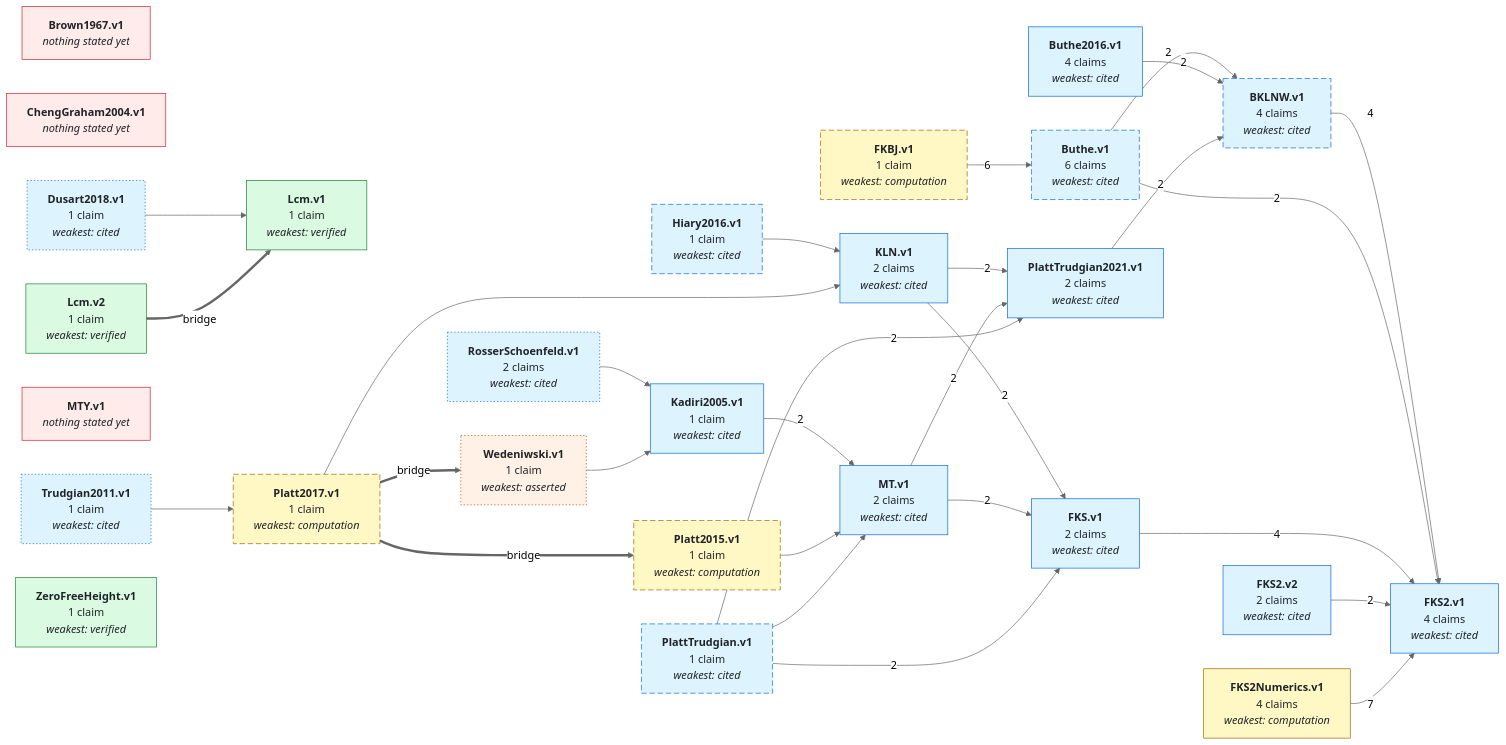
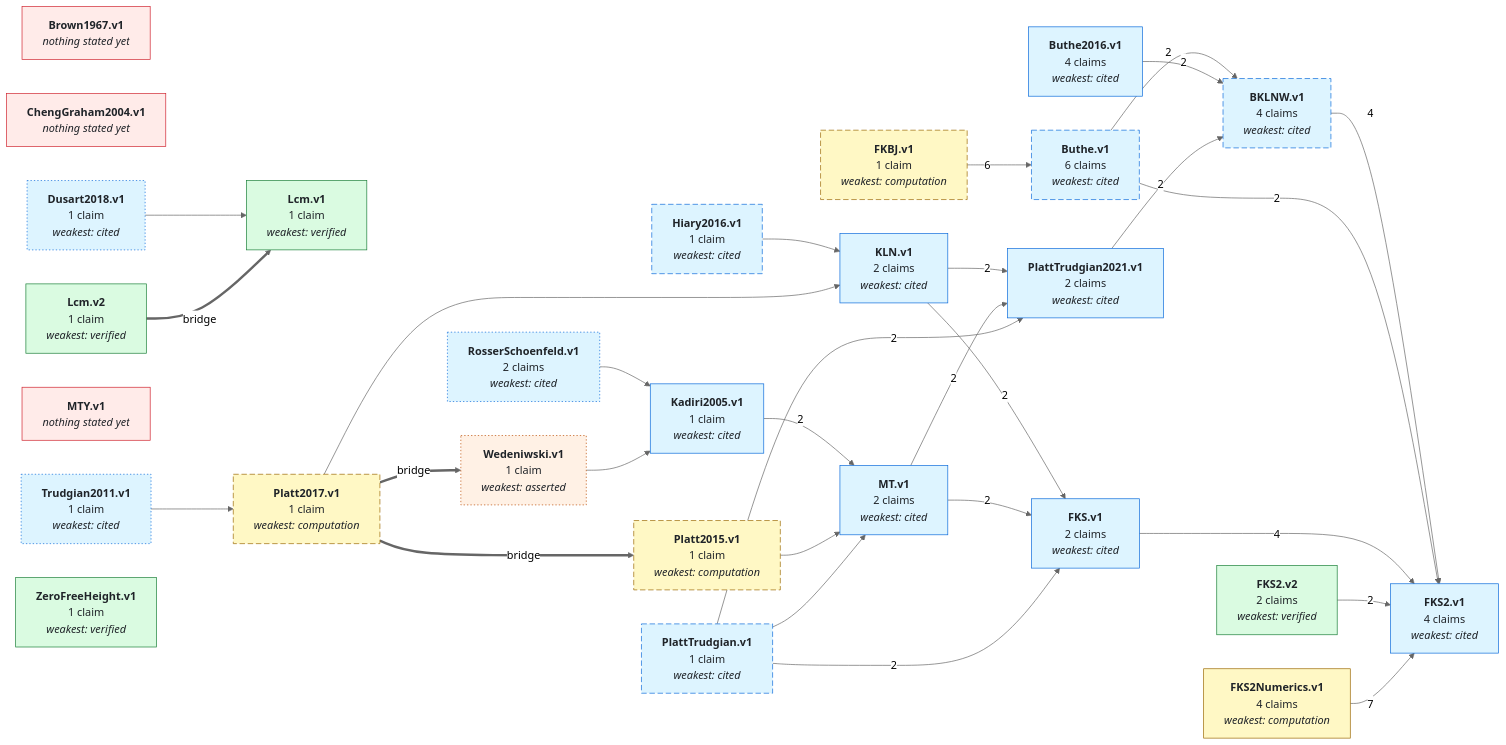
One commit to teorth/IEANTN changed the first of 2 diagrams in GRAPH.md. Above: the diagram before and after it, drawn with Mermaid (neutral theme). The commit also changed other lines of this file and 6 other files, not shown here.

```diff
--- a/GRAPH.md
+++ b/GRAPH.md
@@ -51,7 +51,7 @@
   NFKBJ_v1["<b>FKBJ.v1</b><br/>1 claim<br/><i>weakest: computation</i>"]
   NFKS_v1["<b>FKS.v1</b><br/>2 claims<br/><i>weakest: cited</i>"]
   NFKS2_v1["<b>FKS2.v1</b><br/>4 claims<br/><i>weakest: cited</i>"]
-  NFKS2_v2["<b>FKS2.v2</b><br/>2 claims<br/><i>weakest: cited</i>"]
+  NFKS2_v2["<b>FKS2.v2</b><br/>2 claims<br/><i>weakest: verified</i>"]
   NFKS2Numerics_v1["<b>FKS2Numerics.v1</b><br/>4 claims<br/><i>weakest: computation</i>"]
   NHiary2016_v1["<b>Hiary2016.v1</b><br/>1 claim<br/><i>weakest: cited</i>"]
   NKLN_v1["<b>KLN.v1</b><br/>2 claims<br/><i>weakest: cited</i>"]
@@ -108,9 +108,9 @@
   style NWedeniwski_v1 stroke-dasharray: 2 3;
   class NBrown1967_v1,NChengGraham2004_v1,NMTY_v1 none_yet;
   class NWedeniwski_v1 asserted;
-  class NBKLNW_v1,NButhe_v1,NButhe2016_v1,NDusart2018_v1,NFKS_v1,NFKS2_v1,NFKS2_v2,NHiary2016_v1,NKLN_v1,NKadiri2005_v1,NMT_v1,NPlattTrudgian_v1,NPlattTrudgian2021_v1,NRosserSchoenfeld_v1,NTrudgian2011_v1 literature;
+  class NBKLNW_v1,NButhe_v1,NButhe2016_v1,NDusart2018_v1,NFKS_v1,NFKS2_v1,NHiary2016_v1,NKLN_v1,NKadiri2005_v1,NMT_v1,NPlattTrudgian_v1,NPlattTrudgian2021_v1,NRosserSchoenfeld_v1,NTrudgian2011_v1 literature;
   class NFKBJ_v1,NFKS2Numerics_v1,NPlatt2015_v1,NPlatt2017_v1 numerical;
-  class NLcm_v1,NLcm_v2,NZeroFreeHeight_v1 lean_comparator;
+  class NFKS2_v2,NLcm_v1,NLcm_v2,NZeroFreeHeight_v1 lean_comparator;
   click NBKLNW_v1 href "https://github.com/teorth/IEANTN/blob/main/docs/nodes/BKLNW-v1.md" _blank
   click NButhe_v1 href "https://github.com/teorth/IEANTN/blob/main/docs/nodes/Buthe-v1.md" _blank
   click NButhe2016_v1 href "https://github.com/teorth/IEANTN/blob/main/docs/nodes/Buthe2016-v1.md" _blank
```
